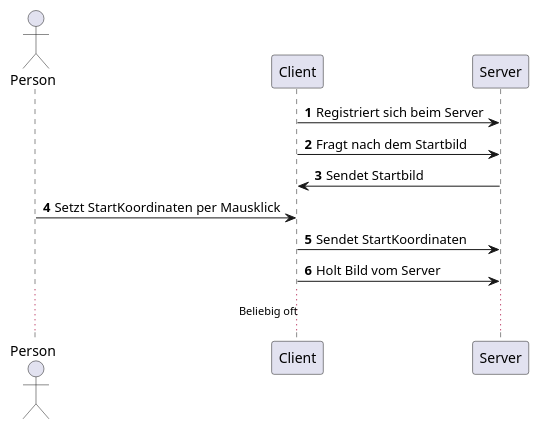
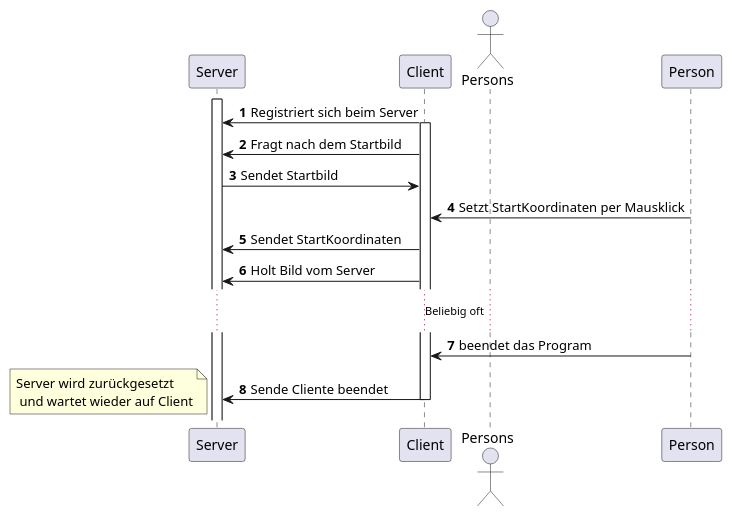
Before and after one commit to a-schulz-studies/PVS_Mandelbrot: the diagram in backend/puml/sequence.puml, drawn with PlantUML.

Commit message:
Sequenzdiagram angepasst

```diff
--- a/backend/puml/sequence.puml
+++ b/backend/puml/sequence.puml
@@ -1,15 +1,19 @@
 @startuml
 autonumber
-actor Person
 
+activate Server
 Client -> Server : Registriert sich beim Server
+activate Client
 Client -> Server : Fragt nach dem Startbild
 Client <- Server : Sendet Startbild
-Person -> Client : Setzt StartKoordinaten per Mausklick
+actor Persons
+Client <- Person : Setzt StartKoordinaten per Mausklick
 Client -> Server : Sendet StartKoordinaten
 Client -> Server : Holt Bild vom Server
-
 ... Beliebig oft ...
-
+Person -> Client : beendet das Program
+Client -> Server : Sende Cliente beendet
+deactivate Client
+note left: Server wird zurückgesetzt\n und wartet wieder auf Client
 
 @enduml
```
